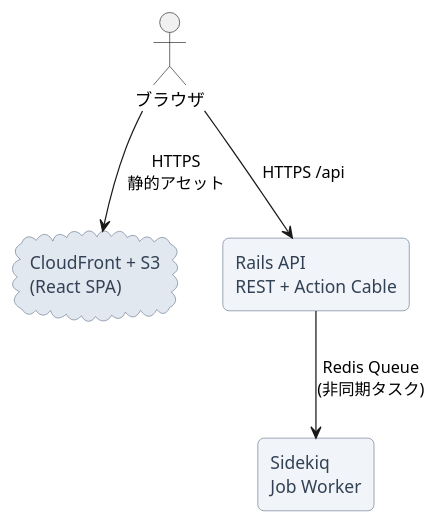
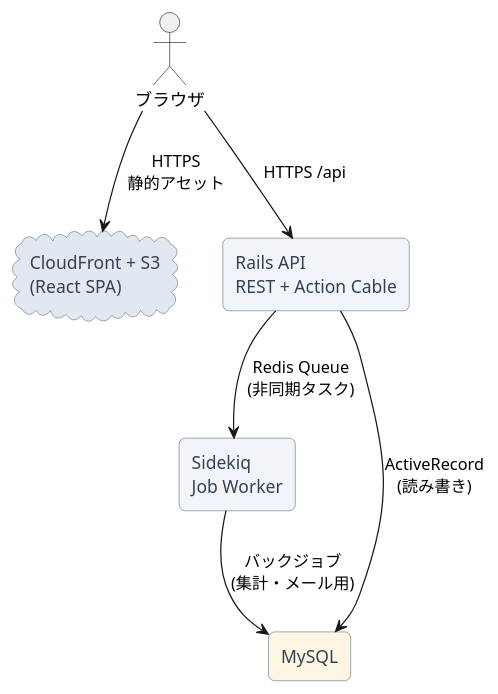
The diagram in documents/system_arch.puml (mamoru2002/Big5-Quest), drawn with PlantUML before and after one commit. The commit also changed 67 other files, not shown here.

Commit message:
Rails API のひな形（MySQL 対応）を追加

```diff
--- a/documents/system_arch.puml
+++ b/documents/system_arch.puml
@@ -1,27 +1,31 @@
 @startuml
 '----------------------------------------------------------
-'  Big5-Quest  Application-Layer Only
+'  Big5-Quest  Application-Layer Only + MySQL
 '----------------------------------------------------------
 hide circle
 skinparam rectangle {
   BackgroundColor #F1F5F9
   BorderColor     #64748B
   FontColor       #334155
   RoundCorner     10
 }
 skinparam cloud {
   BackgroundColor #E2E8F0
   BorderColor     #64748B
   FontColor       #334155
 }
 
 actor "ブラウザ" as Browser
 
 cloud "CloudFront + S3\n(React SPA)" as CDN
 rectangle "Rails API\nREST + Action Cable" as API
-rectangle "Sidekiq\nJob Worker" as Worker
+rectangle "Sidekiq\nJob Worker"         as Worker
+rectangle "MySQL"         as DB        #FDF6E3
 
-Browser --> CDN : HTTPS\n静的アセット
-Browser --> API : HTTPS /api
-API     --> Worker : Redis Queue\n(非同期タスク)
+Browser --> CDN   : HTTPS\n静的アセット
+Browser --> API   : HTTPS /api
+API     --> Worker: Redis Queue\n(非同期タスク)
+
+API     --> DB    : ActiveRecord\n(読み書き)
+Worker  --> DB    : バックジョブ\n(集計・メール用)
 @enduml
```
